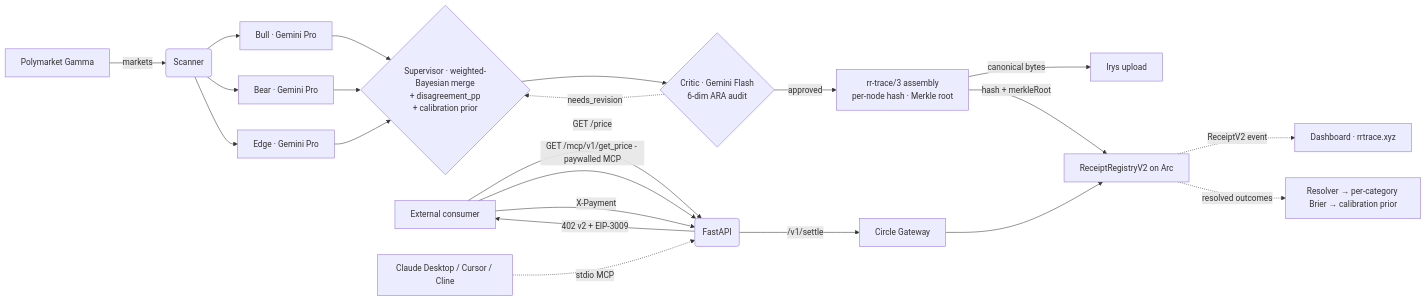
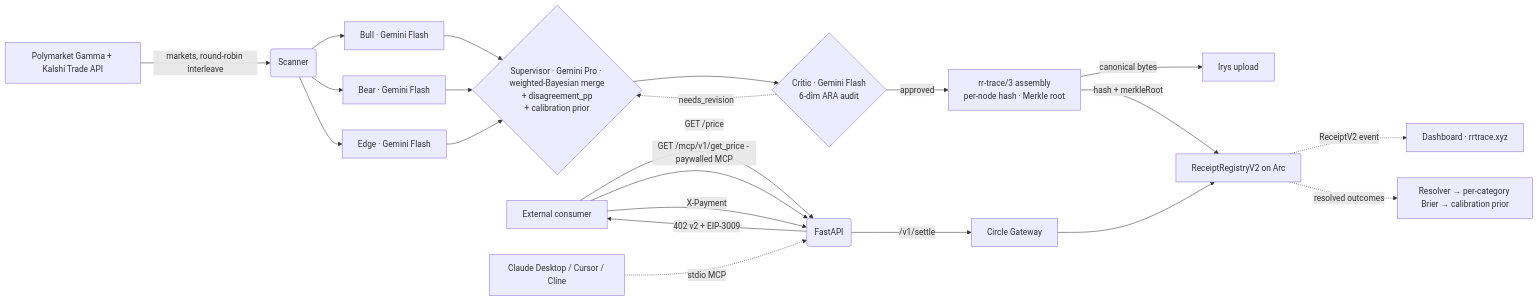
One commit to tang-vu/reasoning-receipt changed the diagram in docs/ARCHITECTURE.md. Above: the diagram before and after it, drawn with Mermaid. The commit also changed other lines of this file and 2 other files, not shown here.

````diff
--- a/docs/ARCHITECTURE.md
+++ b/docs/ARCHITECTURE.md
@@ -5,22 +5,22 @@
 ```mermaid
 graph LR
-  A[Polymarket Gamma] -->|markets| B(Scanner)
-  B --> C1[Bull · Gemini Pro]
-  B --> C2[Bear · Gemini Pro]
-  B --> C3[Edge · Gemini Pro]
-  C1 & C2 & C3 --> D{Supervisor · weighted-Bayesian merge<br/>+ disagreement_pp<br/>+ calibration prior}
+  A[Polymarket Gamma + Kalshi Trade API] -->|markets, round-robin interleave| B(Scanner)
+  B --> C1[Bull · Gemini Flash]
+  B --> C2[Bear · Gemini Flash]
+  B --> C3[Edge · Gemini Flash]
+  C1 & C2 & C3 --> D{Supervisor · Gemini Pro · weighted-Bayesian merge<br/>+ disagreement_pp<br/>+ calibration prior}
   D --> CR{Critic · Gemini Flash<br/>6-dim ARA audit}
   CR -.->|needs_revision| D
   CR -->|approved| E[rr-trace/3 assembly<br/>per-node hash · Merkle root]
   E -->|canonical bytes| F[Irys upload]
   E -->|hash + merkleRoot| G[ReceiptRegistryV2 on Arc]
   G -.->|ReceiptV2 event| H[Dashboard · rrtrace.xyz]
   G -.->|resolved outcomes| Q[Resolver → per-category Brier → calibration prior]
   I[External consumer] -->|GET /price| J(FastAPI)
   I -->|GET /mcp/v1/get_price - paywalled MCP| J
   J -->|402 v2 + EIP-3009| I
   I -->|X-Payment| J
   J -->|/v1/settle| K[Circle Gateway]
   K --> G
   M[Claude Desktop / Cursor / Cline] -.->|stdio MCP| J
 ```
````
